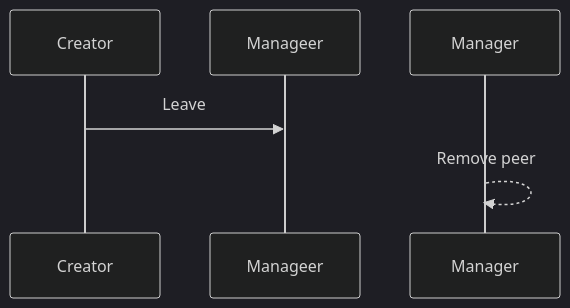
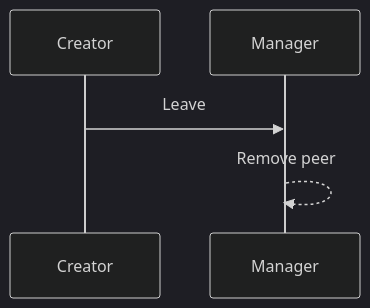
The third of 4 diagrams in README.md (hashedone/cw-workshop), drawn with Mermaid (dark theme) before and after one commit. The commit also changed other lines of this file, not shown here.

Commit message:
Donations flow

````diff
--- a/README.md
+++ b/README.md
@@ -59,5 +59,5 @@
 ```mermaid
 sequenceDiagram
-Creator->>Manageer: Leave
+Creator->>Manager: Leave
 Manager-->>Manager: Remove peer
 ```
````
